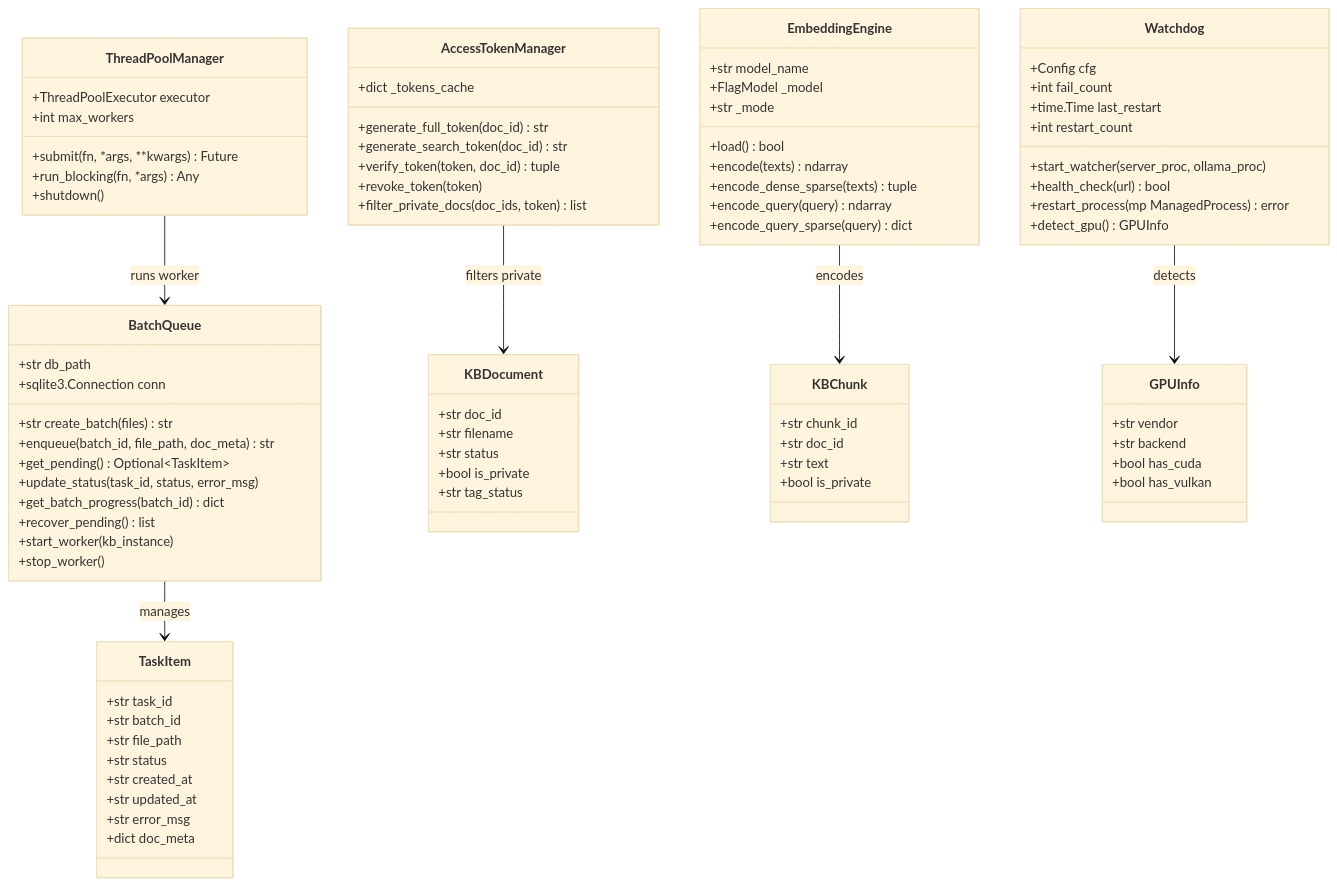
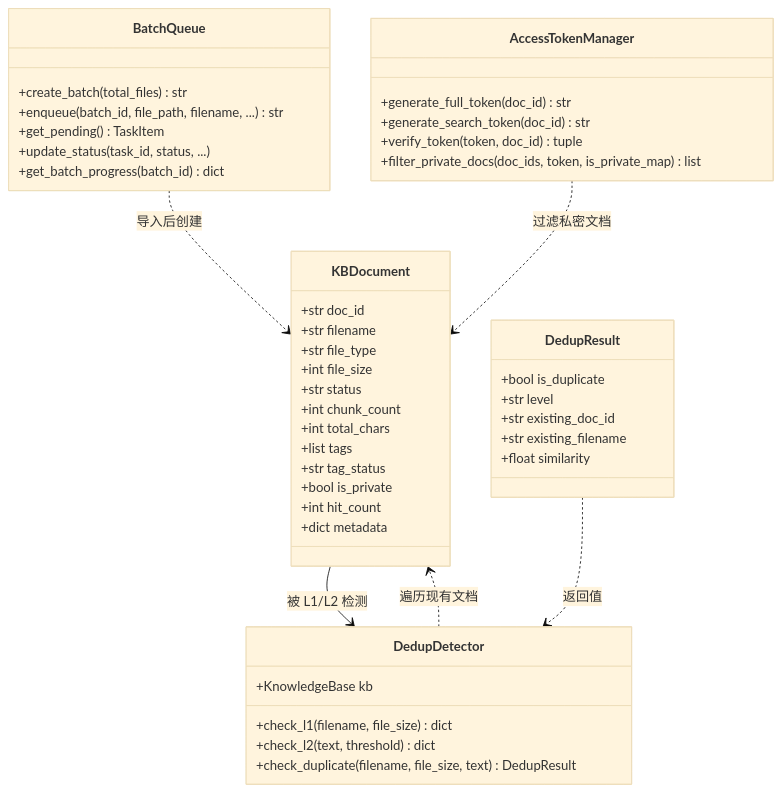
One commit to zwq871482439/sidemate changed the first of 7 diagrams in docs/system_design.md. Above: the diagram before and after it, drawn with Mermaid (base theme). The commit also changed other lines of this file and 17 other files, not shown here.

Commit message:
feat(P5-B): T01+T02+T04 batch B backend + memory budget removal

````diff
--- a/docs/system_design.md
+++ b/docs/system_design.md
@@ -85,93 +204,53 @@
 ```mermaid
 classDiagram
-    class ThreadPoolManager {
-        +ThreadPoolExecutor executor
-        +int max_workers
-        +submit(fn, *args, **kwargs) Future
-        +run_blocking(fn, *args) Any
-        +shutdown()
+    class KBDocument {
+        +str doc_id
+        +str filename
+        +str file_type
+        +int file_size
+        +str status
+        +int chunk_count
+        +int total_chars
+        +list tags
+        +str tag_status
+        +bool is_private
+        +int hit_count
+        +dict metadata
+    }
+
+    class DedupDetector {
+        +KnowledgeBase kb
+        +check_l1(filename, file_size) dict
+        +check_l2(text, threshold) dict
+        +check_duplicate(filename, file_size, text) DedupResult
+    }
+
+    class DedupResult {
+        +bool is_duplicate
+        +str level
+        +str existing_doc_id
+        +str existing_filename
+        +float similarity
     }
 
     class BatchQueue {
-        +str db_path
-        +sqlite3.Connection conn
-        +str create_batch(files) str
-        +enqueue(batch_id, file_path, doc_meta) str
-        +get_pending() Optional~TaskItem~
-        +update_status(task_id, status, error_msg)
+        +create_batch(total_files) str
+        +enqueue(batch_id, file_path, filename, ...) str
+        +get_pending() TaskItem
+        +update_status(task_id, status, ...)
         +get_batch_progress(batch_id) dict
-        +recover_pending() list
-        +start_worker(kb_instance)
-        +stop_worker()
-    }
-
-    class TaskItem {
-        +str task_id
-        +str batch_id
-        +str file_path
-        +str status
-        +str created_at
-        +str updated_at
-        +str error_msg
-        +dict doc_meta
     }
 
     class AccessTokenManager {
-        +dict _tokens_cache
         +generate_full_token(doc_id) str
         +generate_search_token(doc_id) str
         +verify_token(token, doc_id) tuple
-        +revoke_token(token)
-        +filter_private_docs(doc_ids, token) list
+        +filter_private_docs(doc_ids, token, is_private_map) list
     }
 
-    class EmbeddingEngine {
-        +str model_name
-        +FlagModel _model
-        +str _mode
-        +load() bool
-        +encode(texts) ndarray
-        +encode_dense_sparse(texts) tuple
-        +encode_query(query) ndarray
-        +encode_query_sparse(query) dict
-    }
-
-    class KBDocument {
-        +str doc_id
-        +str filename
-        +str status
-        +bool is_private
-        +str tag_status
-    }
-
-    class KBChunk {
-        +str chunk_id
-        +str doc_id
-        +str text
-        +bool is_private
-    }
-
-    class Watchdog {
-        +Config cfg
-        +int fail_count
-        +time.Time last_restart
-        +int restart_count
-        +start_watcher(server_proc, ollama_proc)
-        +health_check(url) bool
-        +restart_process(mp ManagedProcess) error
-        +detect_gpu() GPUInfo
-    }
-
-    class GPUInfo {
-        +str vendor
-        +str backend
-        +bool has_cuda
-        +bool has_vulkan
-    }
-
-    ThreadPoolManager --> BatchQueue : runs worker
-    BatchQueue --> TaskItem : manages
-    AccessTokenManager --> KBDocument : filters private
-    EmbeddingEngine --> KBChunk : encodes
-    Watchdog --> GPUInfo : detects
+    KBDocument --> DedupDetector : 被 L1/L2 检测
+    DedupDetector ..> KBDocument : 遍历现有文档
+    DedupResult ..> DedupDetector : 返回值
+    BatchQueue ..> KBDocument : 导入后创建
+    AccessTokenManager ..> KBDocument : 过滤私密文档
 ```
````
